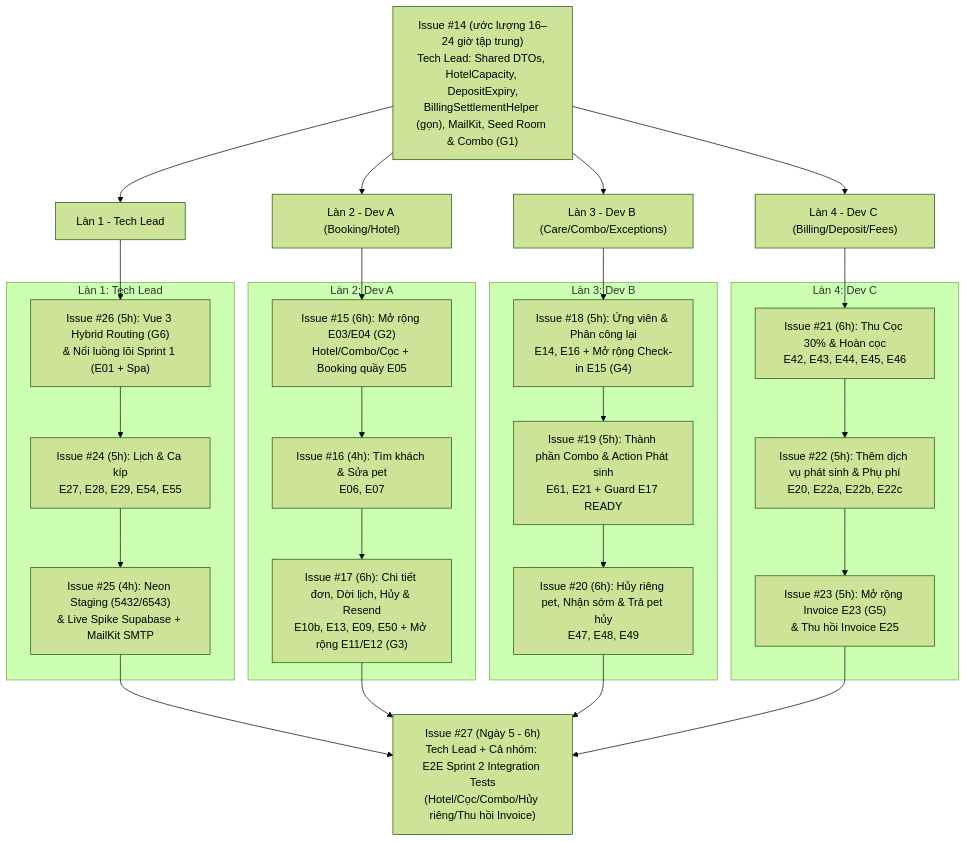
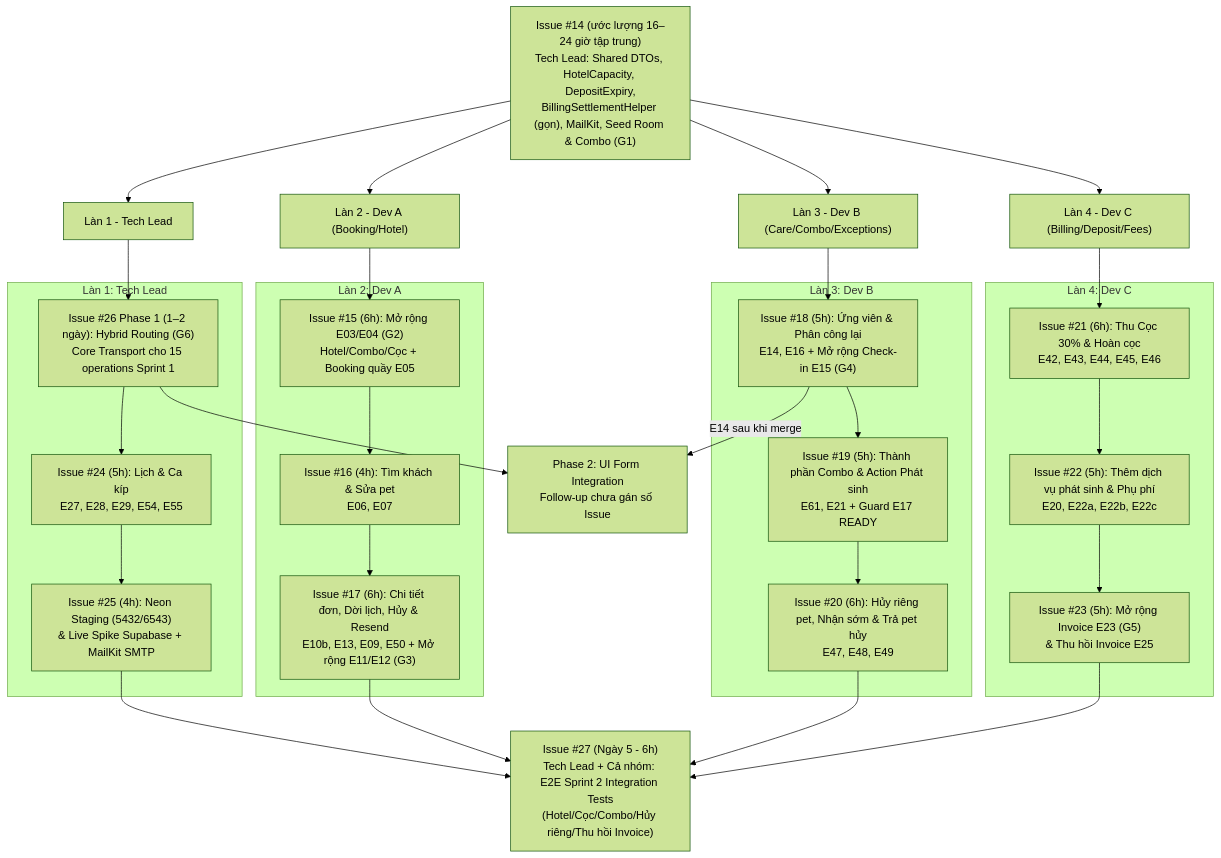
Before and after one commit to kdr1416/SE310-spa-pet-and-hotel: the diagram in docs/plans/sprint-2/sprint-2-plan.md, drawn with Mermaid (forest theme). The commit also changed other lines of this file and 3 other files, not shown here.

Commit message:
docs: align Sprint 2 handoffs with approved Issue 26 phases

````diff
--- a/docs/plans/sprint-2/sprint-2-plan.md
+++ b/docs/plans/sprint-2/sprint-2-plan.md
@@ -92,47 +92,49 @@
 ```mermaid
 flowchart TD
     I14["Issue #14 (ước lượng 16–24 giờ tập trung)<br/>Tech Lead: Shared DTOs, HotelCapacity, DepositExpiry,<br/>BillingSettlementHelper (gọn), MailKit, Seed Room & Combo (G1)"]
     
     I14 --> L_LEAD["Làn 1 - Tech Lead"]
     I14 --> L_DEVA["Làn 2 - Dev A (Booking/Hotel)"]
     I14 --> L_DEVB["Làn 3 - Dev B (Care/Combo/Exceptions)"]
     I14 --> L_DEVC["Làn 4 - Dev C (Billing/Deposit/Fees)"]
 
     subgraph Lane1["Làn 1: Tech Lead"]
-        I26["Issue #26 (5h): Vue 3 Hybrid Routing (G6)<br/>& Nối luồng lõi Sprint 1 (E01 + Spa)"]
+        I26["Issue #26 Phase 1 (1–2 ngày): Hybrid Routing (G6)<br/>Core Transport cho 15 operations Sprint 1"]
         I24["Issue #24 (5h): Lịch & Ca kíp<br/>E27, E28, E29, E54, E55"]
         I25["Issue #25 (4h): Neon Staging (5432/6543)<br/>& Live Spike Supabase + MailKit SMTP"]
         I26 --> I24 --> I25
     end
 
     subgraph Lane2["Làn 2: Dev A"]
         I15["Issue #15 (6h): Mở rộng E03/E04 (G2)<br/>Hotel/Combo/Cọc + Booking quầy E05"]
         I16["Issue #16 (4h): Tìm khách & Sửa pet<br/>E06, E07"]
         I17["Issue #17 (6h): Chi tiết đơn, Dời lịch, Hủy & Resend<br/>E10b, E13, E09, E50 + Mở rộng E11/E12 (G3)"]
         I15 --> I16 --> I17
     end
 
     subgraph Lane3["Làn 3: Dev B"]
         I18["Issue #18 (5h): Ứng viên & Phân công lại<br/>E14, E16 + Mở rộng Check-in E15 (G4)"]
         I19["Issue #19 (5h): Thành phần Combo & Action Phát sinh<br/>E61, E21 + Guard E17 READY"]
         I20["Issue #20 (6h): Hủy riêng pet, Nhận sớm & Trả pet hủy<br/>E47, E48, E49"]
         I18 --> I19 --> I20
     end
 
     subgraph Lane4["Làn 4: Dev C"]
         I21["Issue #21 (6h): Thu Cọc 30% & Hoàn cọc<br/>E42, E43, E44, E45, E46"]
         I22["Issue #22 (5h): Thêm dịch vụ phát sinh & Phụ phí<br/>E20, E22a, E22b, E22c"]
         I23["Issue #23 (5h): Mở rộng Invoice E23 (G5)<br/>& Thu hồi Invoice E25"]
         I21 --> I22 --> I23
     end
 
     L_LEAD --> I26
     L_DEVA --> I15
     L_DEVB --> I18
     L_DEVC --> I21
 
     I25 --> I27["Issue #27 (Ngày 5 - 6h)<br/>Tech Lead + Cả nhóm: E2E Sprint 2 Integration Tests<br/>(Hotel/Cọc/Combo/Hủy riêng/Thu hồi Invoice)"]
     I17 --> I27
     I20 --> I27
     I23 --> I27
+    I26 --> UI2["Phase 2: UI Form Integration<br/>Follow-up chưa gán số Issue"]
+    I18 -->|E14 sau khi merge| UI2
 ```
````
